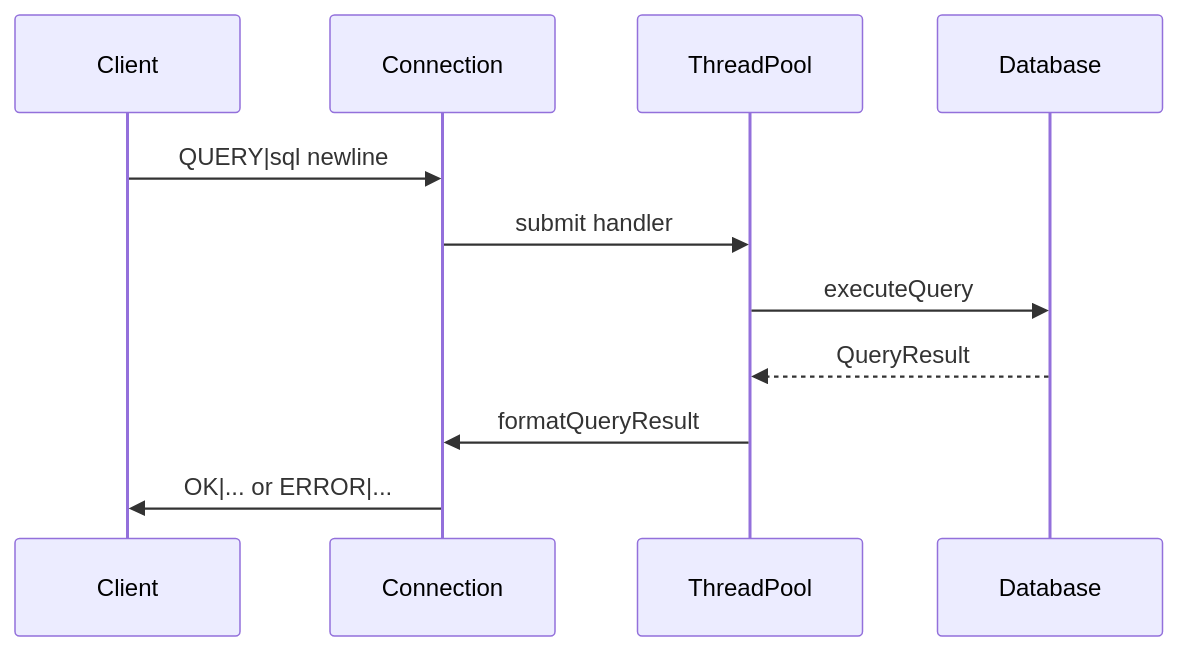
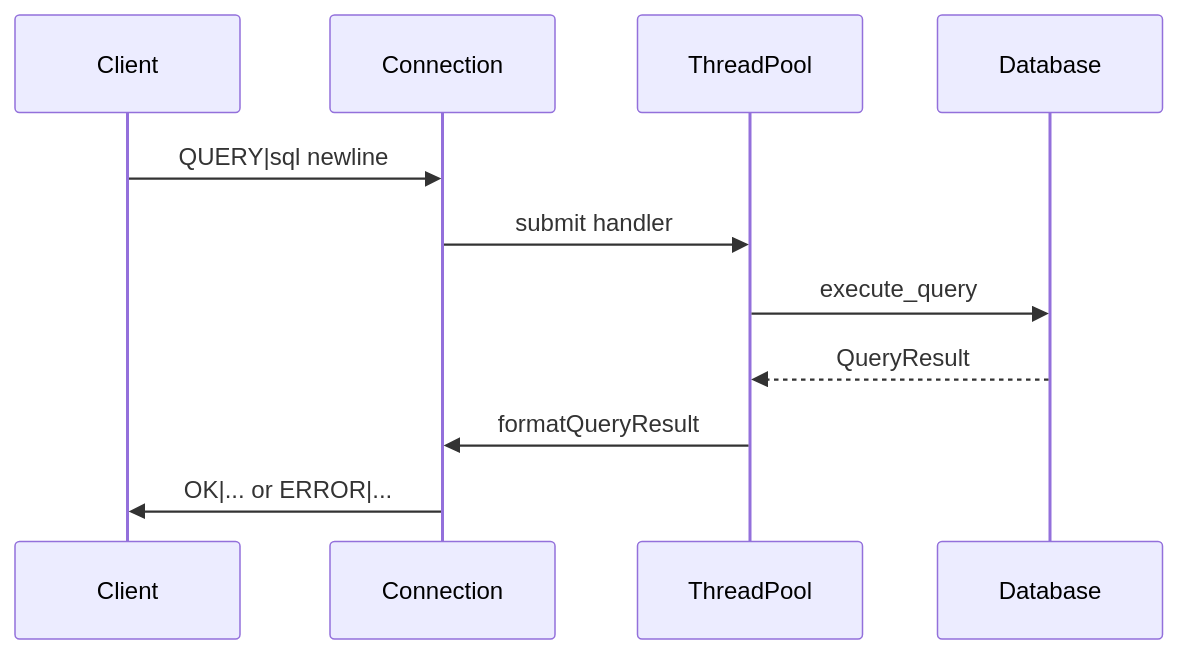
Before and after one commit to Aram47/custom-sql-database: the diagram in README.md, drawn with Mermaid. The commit also changed other lines of this file and 82 other files, not shown here.

````diff
--- a/README.md
+++ b/README.md
@@ -178,13 +178,13 @@
 ```mermaid
 sequenceDiagram
   participant Client
   participant Connection
   participant ThreadPool
   participant Database
   Client->>Connection: QUERY|sql newline
   Connection->>ThreadPool: submit handler
-  ThreadPool->>Database: executeQuery
+  ThreadPool->>Database: execute_query
   Database-->>ThreadPool: QueryResult
   ThreadPool->>Connection: formatQueryResult
   Connection->>Client: OK|... or ERROR|...
 ```
````
